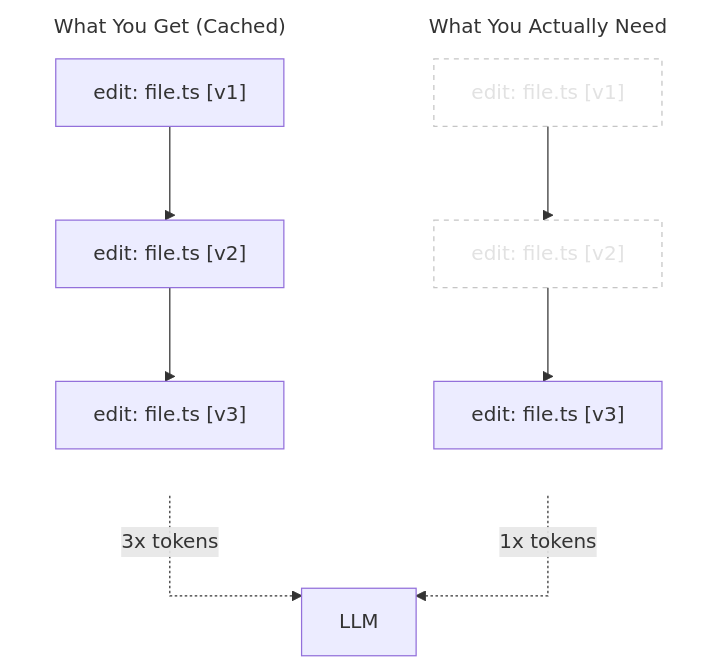
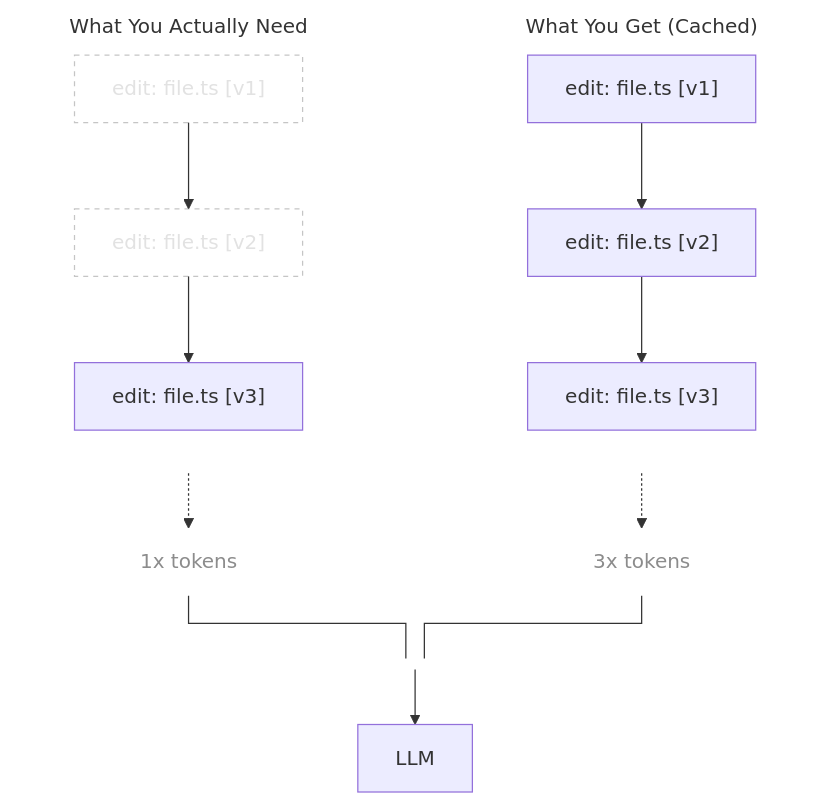
One commit to cau1k/caulk.lol changed the diagram in content/posts/prompt-caching-sucks.mdx. Above: the diagram before and after it, drawn with Mermaid.

Commit message:
feat: i hate mermaid

````diff
--- a/content/posts/prompt-caching-sucks.mdx
+++ b/content/posts/prompt-caching-sucks.mdx
@@ -16,22 +16,28 @@
 ```mermaid
-%%{ init: { 'flowchart': { 'curve': 'stepBefore' } } }%%
+%%{ init: { 'flowchart': { 'curve': 'stepAfter', 'nodeSpacing': 80, 'rankSpacing': 44 } } }%%
 flowchart TB
     subgraph current["What You Actually Need"]
         direction TB
         v1ghost["edit: file.ts [v1]"] --> v2ghost["edit: file.ts [v2]"] --> need["edit: file.ts [v3]"]
     end
 
     subgraph cached["What You Get (Cached)"]
         direction TB
         v1["edit: file.ts [v1]"] --> v2["edit: file.ts [v2]"] --> v3["edit: file.ts [v3]"]
     end
 
-    need -. "1x tokens" .-> LLM
-    v3 -. "3x tokens" .-> LLM
+    need -.-> needTokens["1x tokens"]
+    v3 -.-> cachedTokens["3x tokens"]
+    needTokens --- join(( ))
+    cachedTokens --- join
+    join --> LLM
 
     classDef ghost fill:transparent,stroke:#8c8c8c,color:#8c8c8c,stroke-dasharray:4 4,opacity:0.5
+    classDef token fill:none,stroke:none,color:#8c8c8c
     class v1ghost,v2ghost ghost
+    class needTokens,cachedTokens token
 
     style current fill:none,stroke:none
     style cached fill:none,stroke:none
+    style join fill:none,stroke:none
 ```
````
